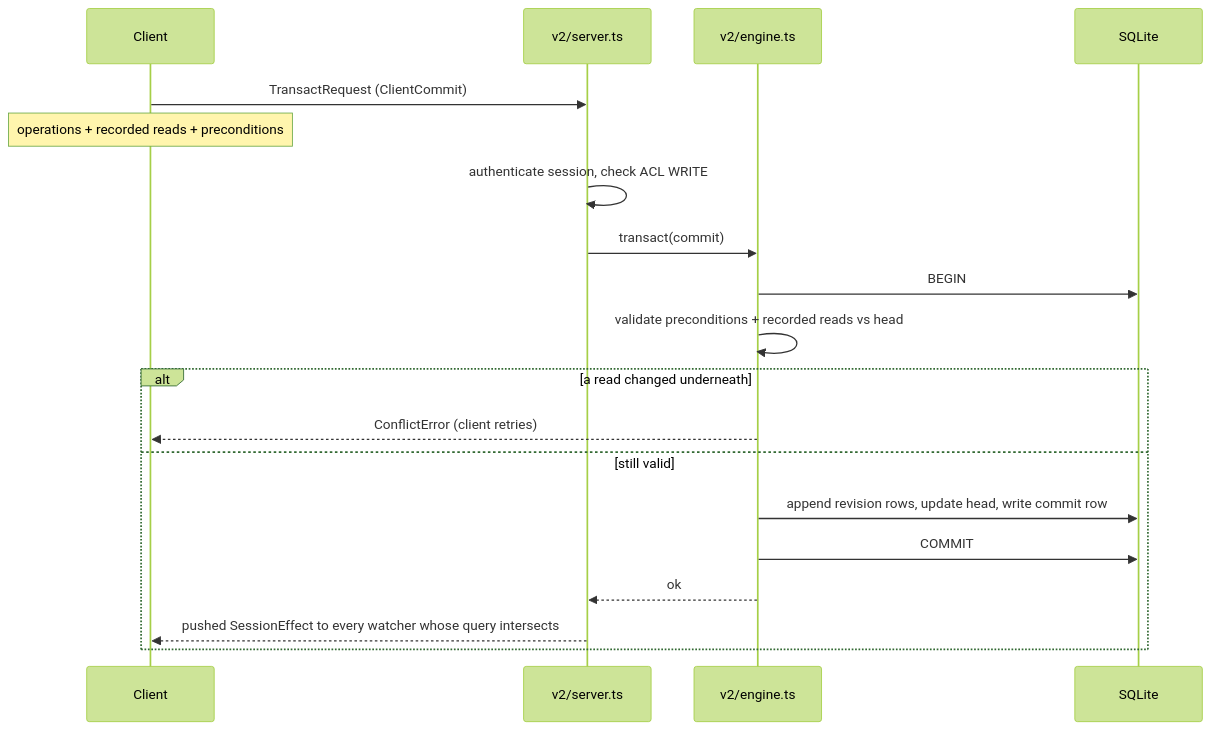
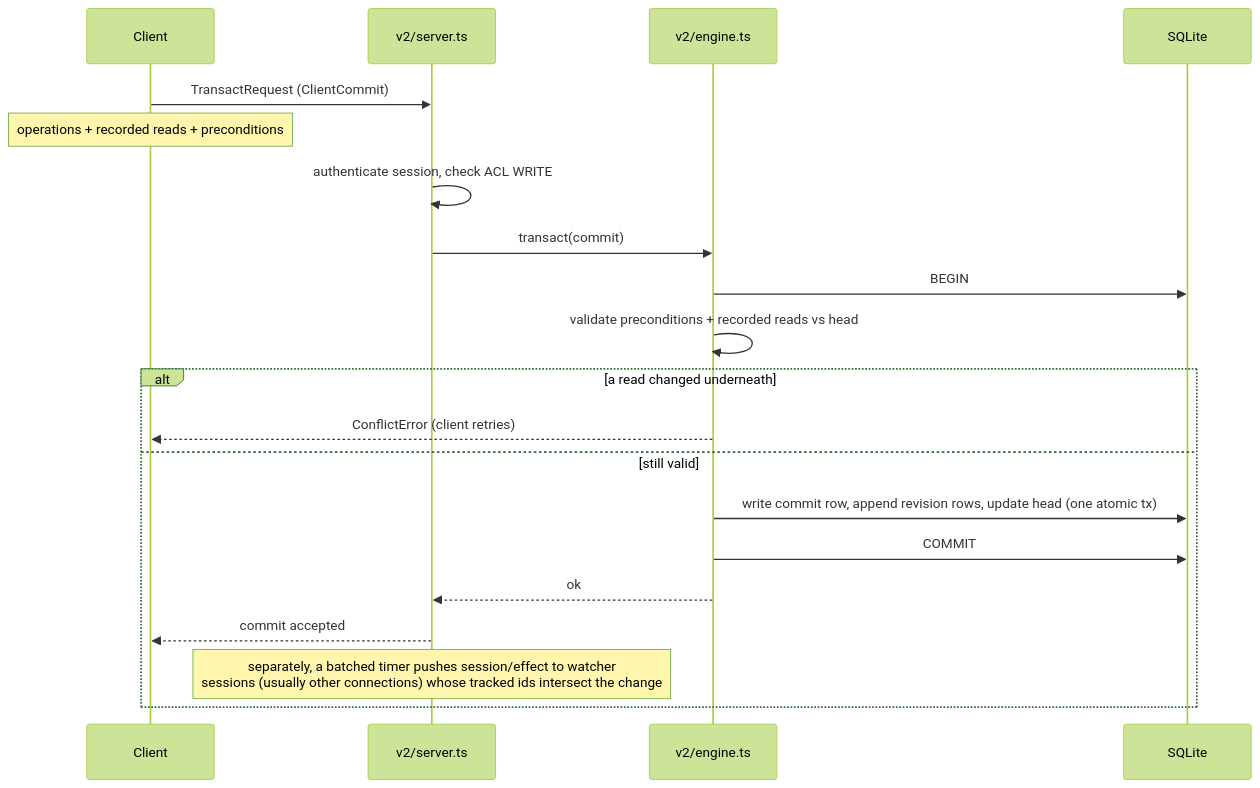
The fourth of 5 diagrams in docs/development/orientation/storage-substrate.md (commontoolsinc/labs), drawn with Mermaid (forest theme) before and after one commit. The commit also changed other lines of this file and 7 other files, not shown here.

First line of the commit message:
docs(orientation): correct flow diagrams and interpretive claims

````diff
--- a/docs/development/orientation/storage-substrate.md
+++ b/docs/development/orientation/storage-substrate.md
@@ -156,22 +156,23 @@
 ```mermaid
 sequenceDiagram
     participant Client
     participant Server as v2/server.ts
     participant Engine as v2/engine.ts
     participant DB as SQLite
 
     Client->>Server: TransactRequest (ClientCommit)
     Note over Client: operations + recorded reads + preconditions
     Server->>Server: authenticate session, check ACL WRITE
     Server->>Engine: transact(commit)
     Engine->>DB: BEGIN
     Engine->>Engine: validate preconditions + recorded reads vs head
     alt a read changed underneath
         Engine-->>Client: ConflictError (client retries)
     else still valid
-        Engine->>DB: append revision rows, update head, write commit row
+        Engine->>DB: write commit row, append revision rows, update head (one atomic tx)
         Engine->>DB: COMMIT
         Engine-->>Server: ok
-        Server-->>Client: pushed SessionEffect to every watcher whose query intersects
+        Server-->>Client: commit accepted
+        Note over Server: separately, a batched timer pushes session/effect to watcher<br/>sessions (usually other connections) whose tracked ids intersect the change
     end
 ```
````
